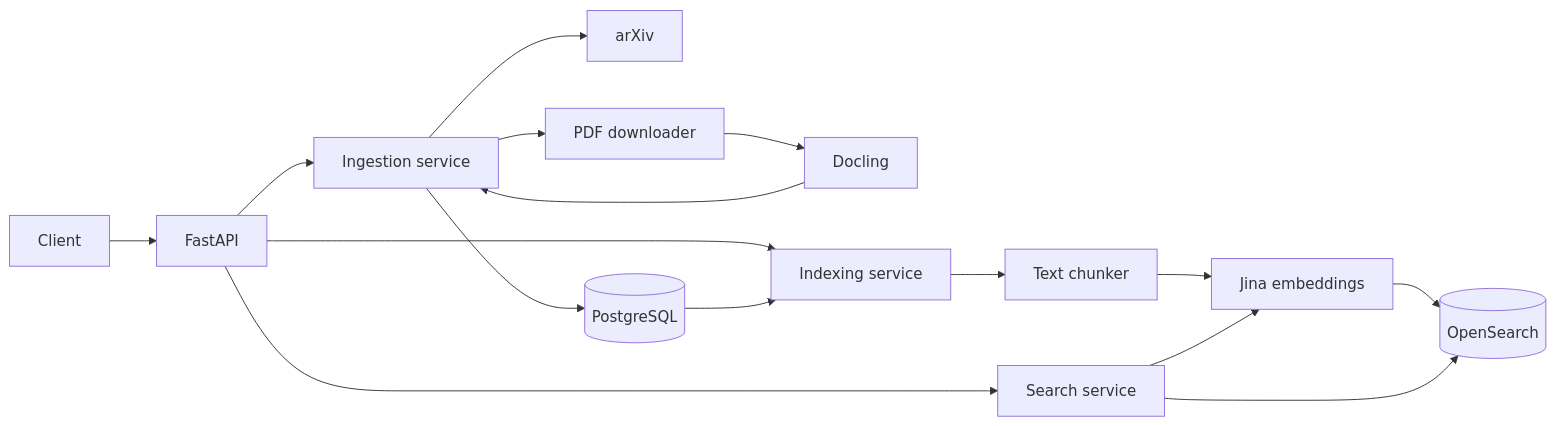
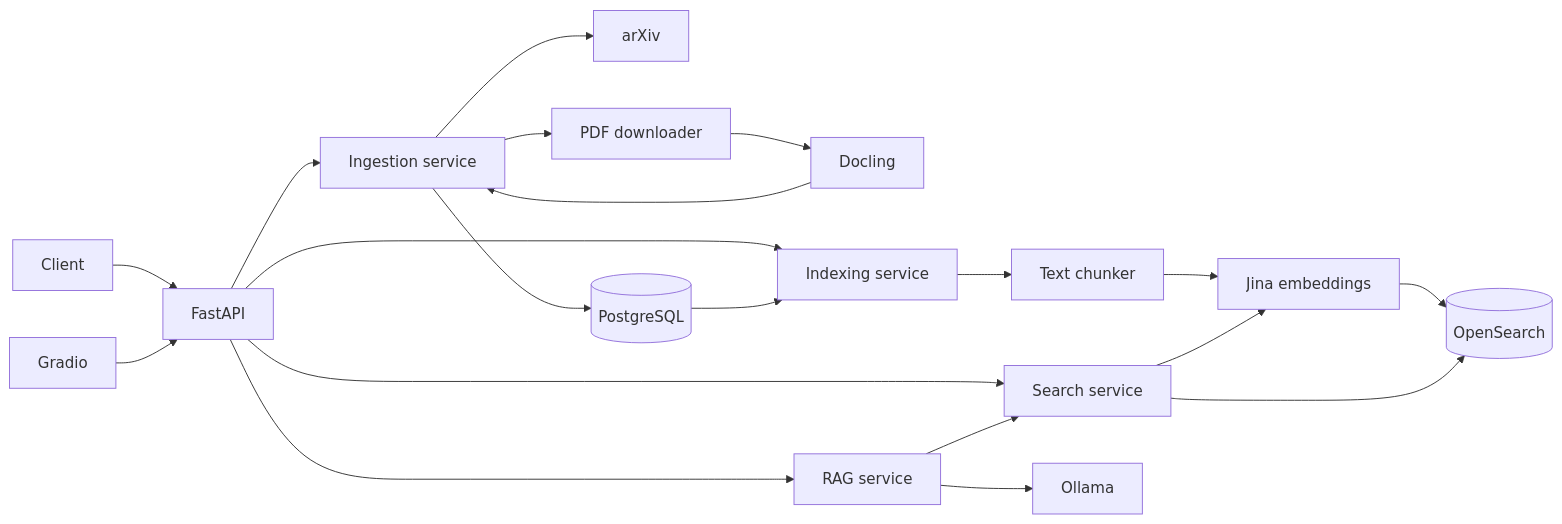
The diagram in README.md (vector94/agentic-research-assistant), drawn with Mermaid before and after one commit. The commit also changed other lines of this file and 4 other files, not shown here.

Commit message:
Add Gradio interface for RAG

````diff
--- a/README.md
+++ b/README.md
@@ -25,18 +27,22 @@
 ```mermaid
 flowchart LR
     Client --> FastAPI
+    Gradio --> FastAPI
     FastAPI --> Ingestion[Ingestion service]
     Ingestion --> arXiv
     Ingestion --> PDF[PDF downloader]
     PDF --> Docling
     Docling --> Ingestion
     Ingestion --> PostgreSQL[(PostgreSQL)]
     FastAPI --> Indexing[Indexing service]
     PostgreSQL --> Indexing
     Indexing --> Chunking[Text chunker]
     Chunking --> Embeddings[Jina embeddings]
     Embeddings --> OpenSearch[(OpenSearch)]
     FastAPI --> Search[Search service]
     Search --> OpenSearch
     Search --> Embeddings
+    FastAPI --> RAG[RAG service]
+    RAG --> Search
+    RAG --> Ollama
 ```
````
